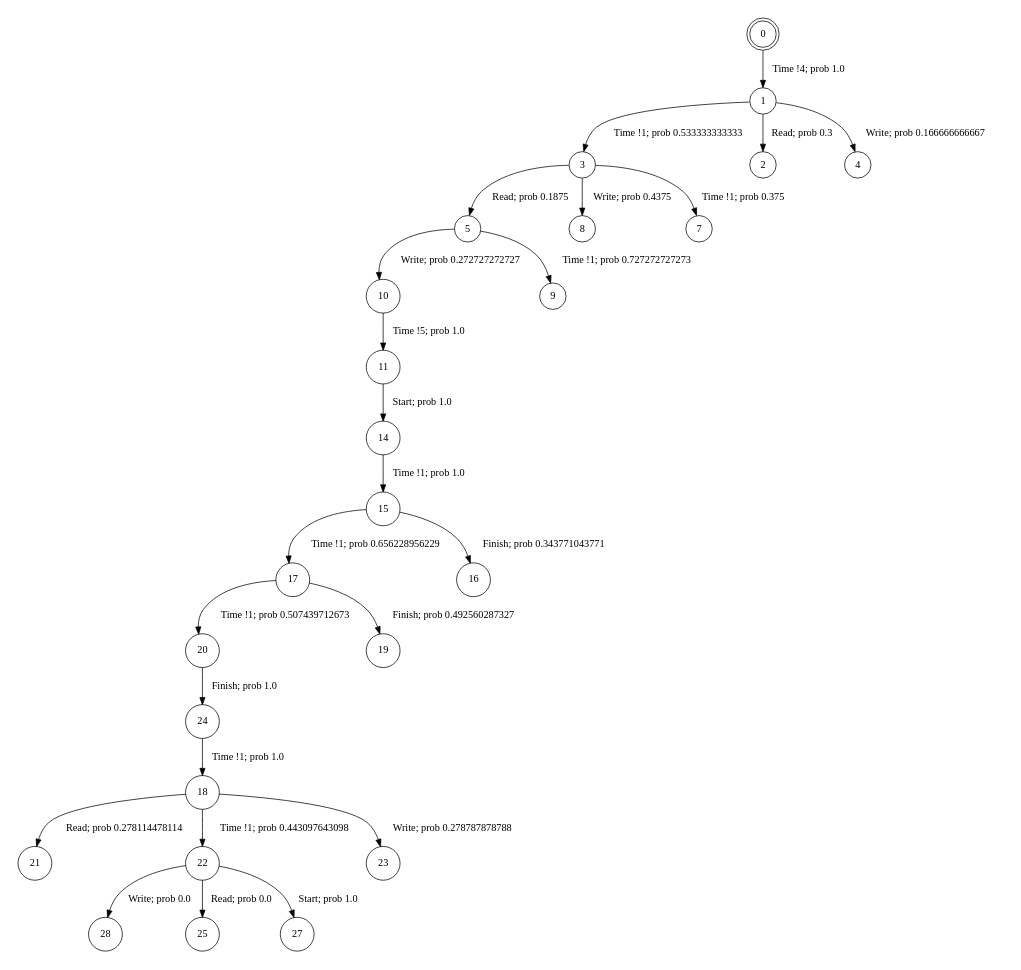
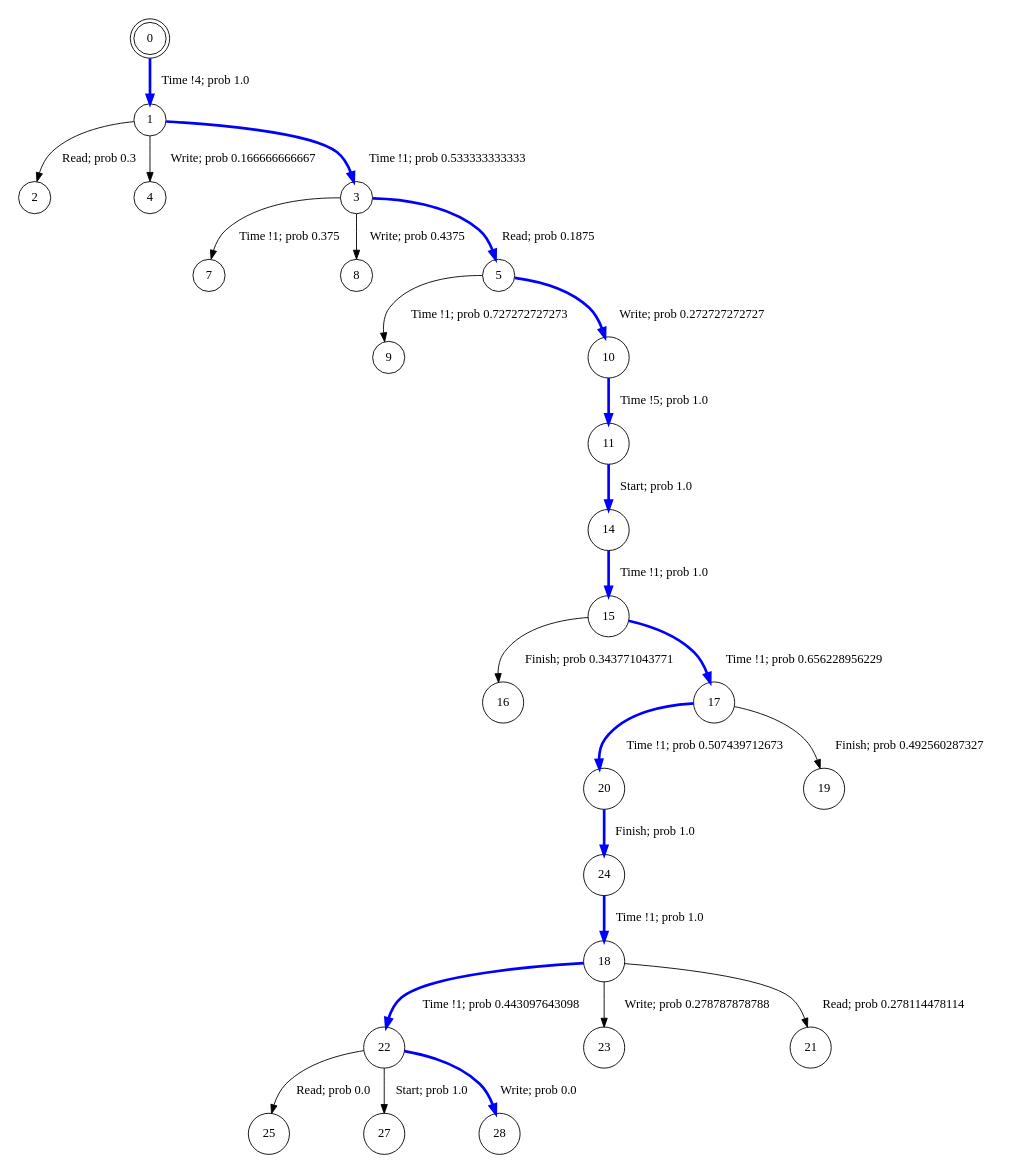
Before and after one commit to irmanfaqrizal/ptsv: the diagram in state-space-analysis/experiments/results/tpts-execution-3.dot, drawn with Graphviz. The commit also changed 25 other files, not shown here.

```diff
--- a/state-space-analysis/experiments/results/tpts-execution-3.dot
+++ b/state-space-analysis/experiments/results/tpts-execution-3.dot
@@ -1,30 +1,30 @@
 digraph BCG {
 size = "7, 10.5";
 center = TRUE;
 node [shape = circle];
 0 [peripheries = 2];
-0 -> 1  [label = "Time !4; prob 1.0"];
-1 -> 3  [label = "Time !1; prob 0.533333333333"];
+0 -> 1  [label = "Time !4; prob 1.0", color = "blue", penwidth=3];
 1 -> 2  [label = "Read; prob 0.3"];
 1 -> 4  [label = "Write; prob 0.166666666667"];
-3 -> 5  [label = "Read; prob 0.1875"];
+1 -> 3  [label = "Time !1; prob 0.533333333333", color = "blue", penwidth=3];
+3 -> 7  [label = "Time !1; prob 0.375"];
 3 -> 8  [label = "Write; prob 0.4375"];
-3 -> 7  [label = "Time !1; prob 0.375"];
-5 -> 10  [label = "Write; prob 0.272727272727"];
+3 -> 5  [label = "Read; prob 0.1875", color = "blue", penwidth=3];
 5 -> 9  [label = "Time !1; prob 0.727272727273"];
-10 -> 11  [label = "Time !5; prob 1.0"];
-11 -> 14  [label = "Start; prob 1.0"];
-14 -> 15  [label = "Time !1; prob 1.0"];
-15 -> 17  [label = "Time !1; prob 0.656228956229"];
+5 -> 10  [label = "Write; prob 0.272727272727", color = "blue", penwidth=3];
+10 -> 11  [label = "Time !5; prob 1.0", color = "blue", penwidth=3];
+11 -> 14  [label = "Start; prob 1.0", color = "blue", penwidth=3];
+14 -> 15  [label = "Time !1; prob 1.0", color = "blue", penwidth=3];
 15 -> 16  [label = "Finish; prob 0.343771043771"];
-17 -> 20  [label = "Time !1; prob 0.507439712673"];
+15 -> 17  [label = "Time !1; prob 0.656228956229", color = "blue", penwidth=3];
+17 -> 20  [label = "Time !1; prob 0.507439712673", color = "blue", penwidth=3];
 17 -> 19  [label = "Finish; prob 0.492560287327"];
+18 -> 22  [label = "Time !1; prob 0.443097643098", color = "blue", penwidth=3];
+18 -> 23  [label = "Write; prob 0.278787878788"];
 18 -> 21  [label = "Read; prob 0.278114478114"];
-18 -> 22  [label = "Time !1; prob 0.443097643098"];
-18 -> 23  [label = "Write; prob 0.278787878788"];
-20 -> 24  [label = "Finish; prob 1.0"];
-22 -> 28  [label = "Write; prob 0.0"];
+20 -> 24  [label = "Finish; prob 1.0", color = "blue", penwidth=3];
 22 -> 25  [label = "Read; prob 0.0"];
 22 -> 27  [label = "Start; prob 1.0"];
-24 -> 18  [label = "Time !1; prob 1.0"];
+22 -> 28  [label = "Write; prob 0.0", color = "blue", penwidth=3];
+24 -> 18  [label = "Time !1; prob 1.0", color = "blue", penwidth=3];
 }
```
